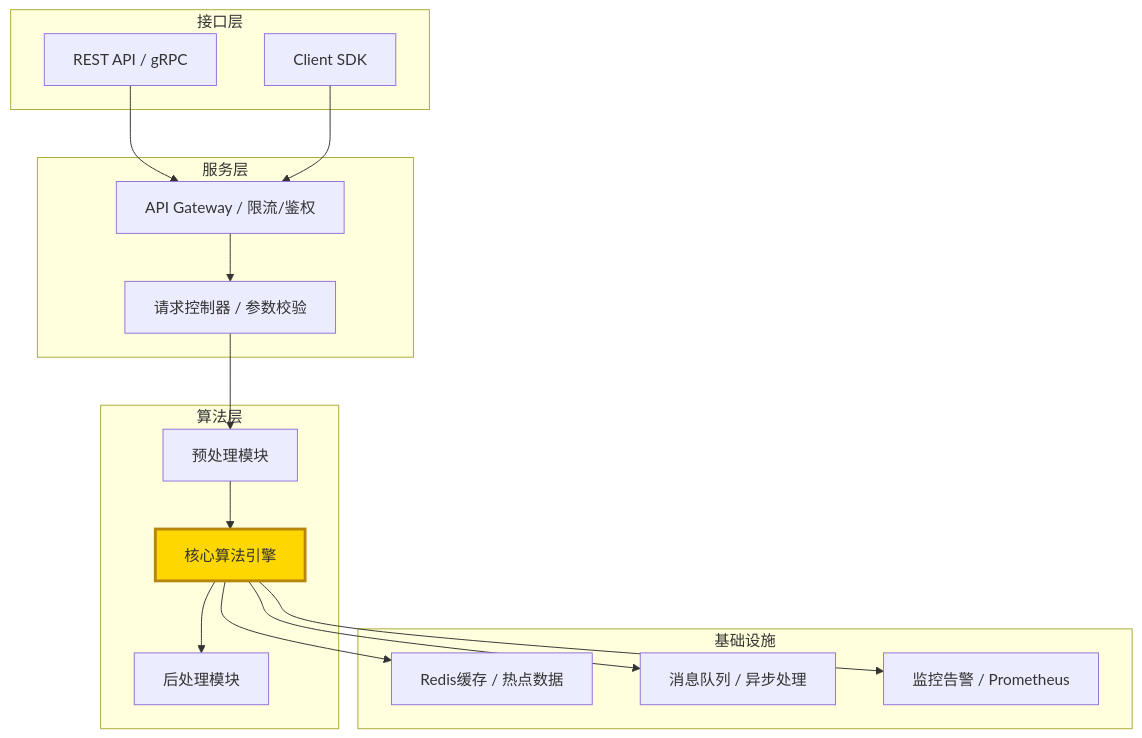
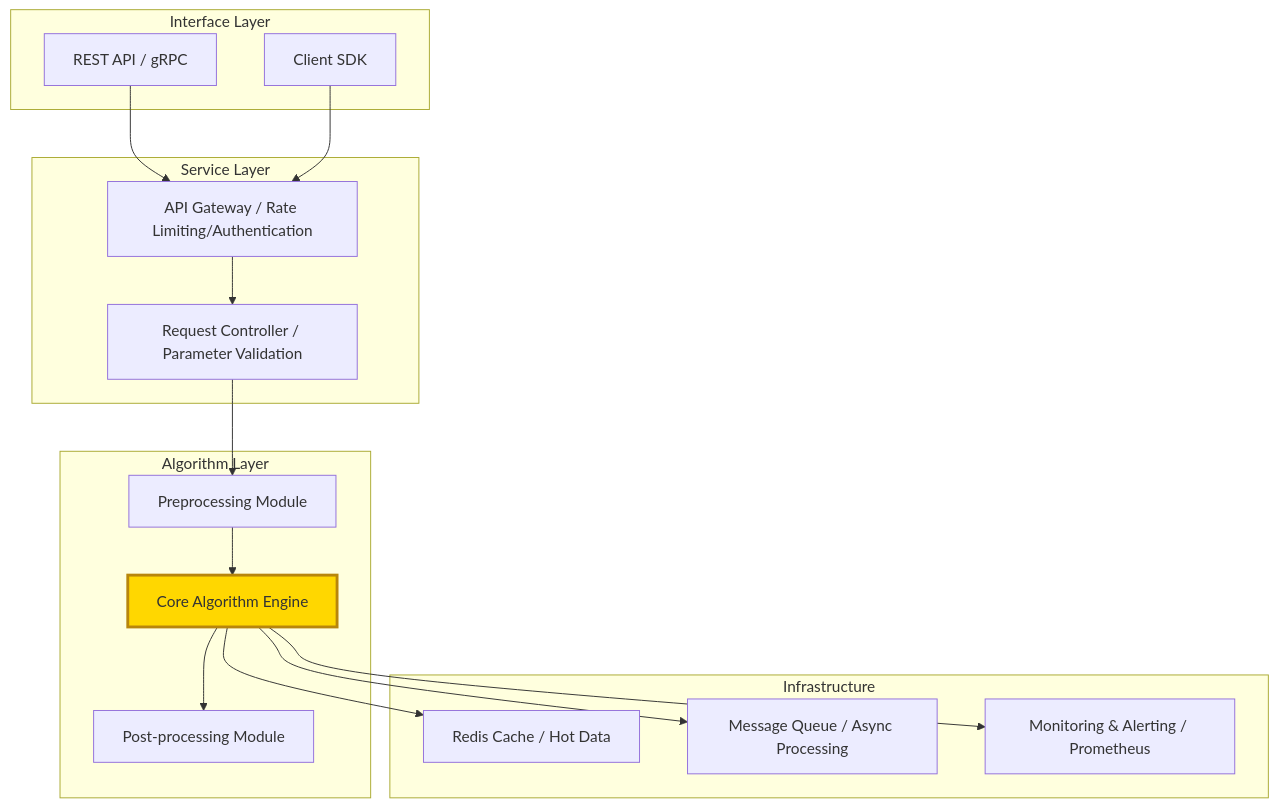
Before and after one commit to Kirky-X/cangjie: the seventh of 10 diagrams in templates/产品/技术层/【模板】核心算法文档.md, drawn with Mermaid. The commit also changed other lines of this file and 46 other files, not shown here.

````diff
--- a/templates/产品/技术层/【模板】核心算法文档.md
+++ b/templates/产品/技术层/【模板】核心算法文档.md
@@ -601,33 +601,33 @@
 ```mermaid
 graph TB
-    subgraph 接口层
+    subgraph Interface Layer
         API[REST API / gRPC]
         SDK[Client SDK]
     end
 
-    subgraph 服务层
-        Gateway[API Gateway / 限流/鉴权]
-        Controller[请求控制器 / 参数校验]
+    subgraph Service Layer
+        Gateway[API Gateway / Rate Limiting/Authentication]
+        Controller[Request Controller / Parameter Validation]
     end
 
-    subgraph 算法层
-        Preprocess[预处理模块]
-        Core[核心算法引擎]
-        Postprocess[后处理模块]
+    subgraph Algorithm Layer
+        Preprocess[Preprocessing Module]
+        Core[Core Algorithm Engine]
+        Postprocess[Post-processing Module]
     end
 
-    subgraph 基础设施
-        Cache[Redis缓存 / 热点数据]
-        MQ[消息队列 / 异步处理]
-        Monitor[监控告警 / Prometheus]
+    subgraph Infrastructure
+        Cache[Redis Cache / Hot Data]
+        MQ[Message Queue / Async Processing]
+        Monitor[Monitoring & Alerting / Prometheus]
     end
 
     API --> Gateway --> Controller
     SDK --> Gateway
     Controller --> Preprocess --> Core --> Postprocess
     Core --> Cache
     Core --> MQ
     Core --> Monitor
 
     style Core fill:#ffd700,stroke:#b8860b,stroke-width:3px
 ```
````
